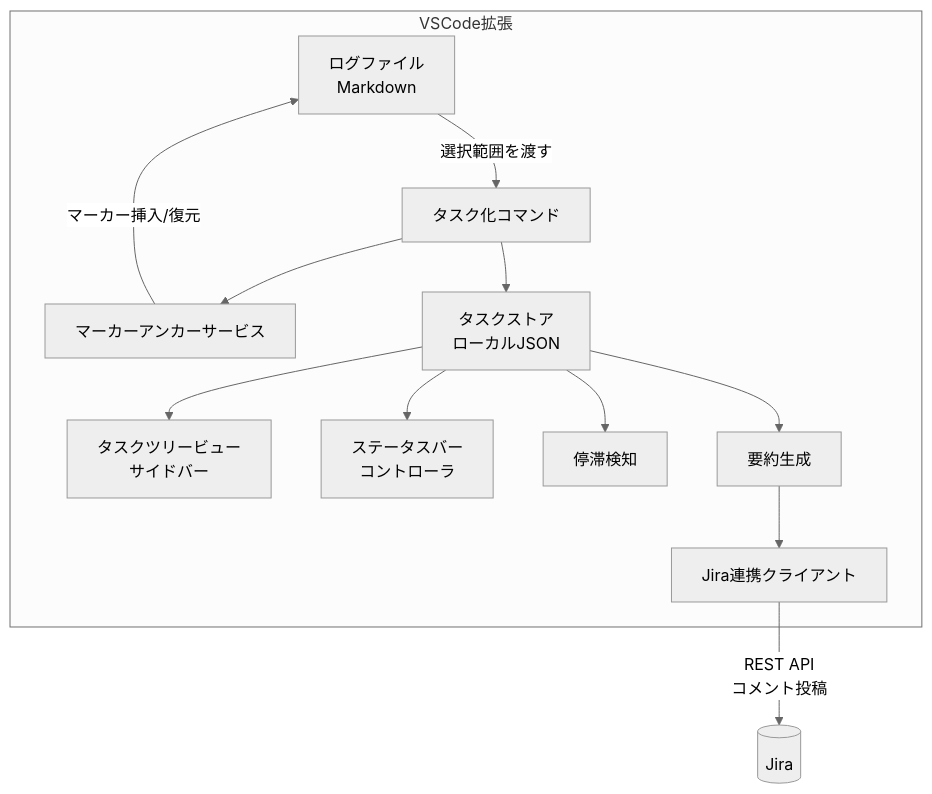
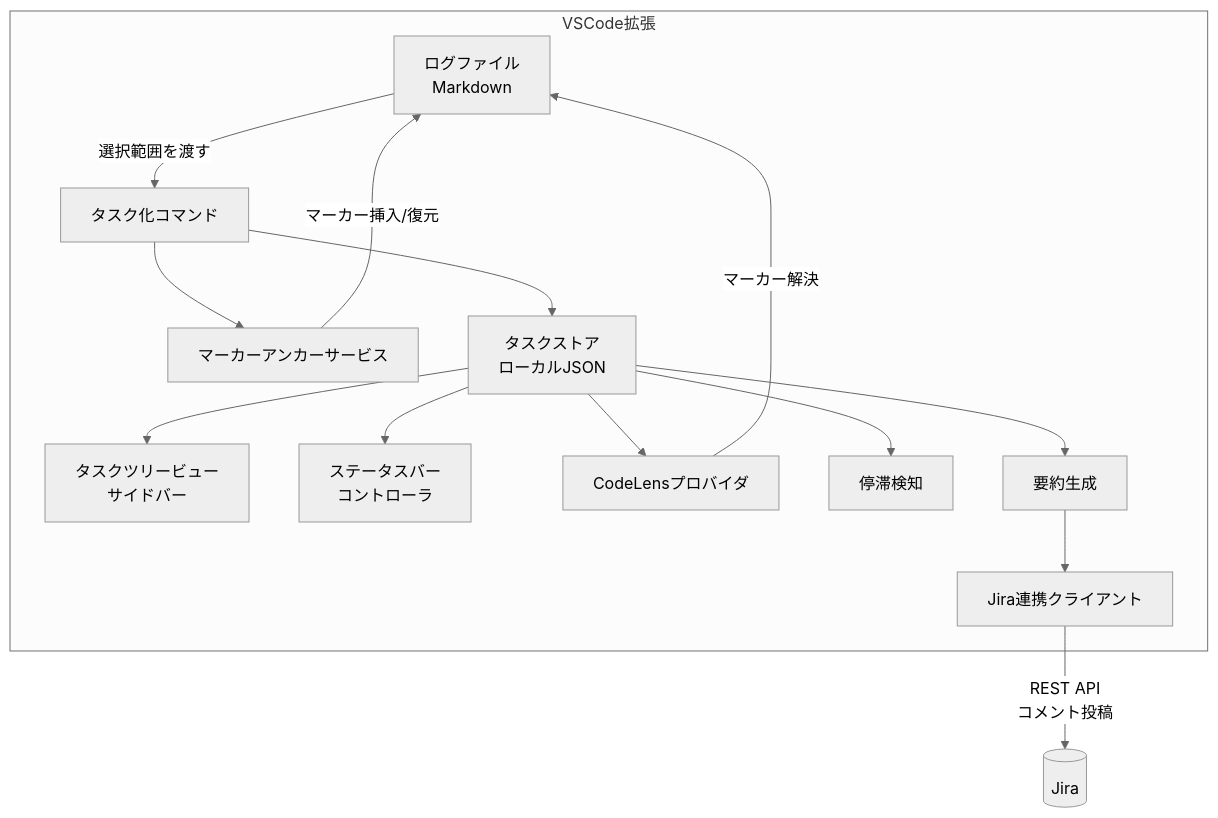
Before and after one commit to hoppoco/vscode-task-log: the first of 3 diagrams in docs/functional-design.md, drawn with Mermaid (neutral theme). The commit also changed other lines of this file and 3 other files, not shown here.

````diff
--- a/docs/functional-design.md
+++ b/docs/functional-design.md
@@ -18,15 +18,17 @@
 ```mermaid
 graph TD
   subgraph VSCode拡張
     A[ログファイル<br/>Markdown] -->|選択範囲を渡す| B[タスク化コマンド]
     B --> C[マーカーアンカーサービス]
     B --> D[タスクストア<br/>ローカルJSON]
     D --> E[タスクツリービュー<br/>サイドバー]
     D --> F[ステータスバー<br/>コントローラ]
+    D --> K[CodeLensプロバイダ]
     D --> G[停滞検知]
     D --> H[要約生成]
     H --> I[Jira連携クライアント]
   end
   I -->|REST API<br/>コメント投稿| J[(Jira)]
   C -->|マーカー挿入/復元| A
+  K -->|マーカー解決| A
 ```
````
